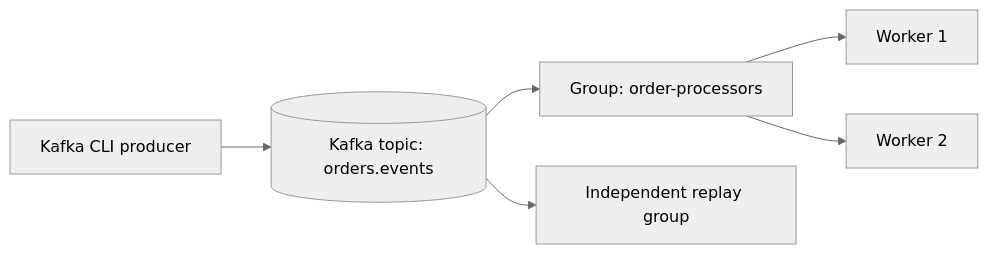
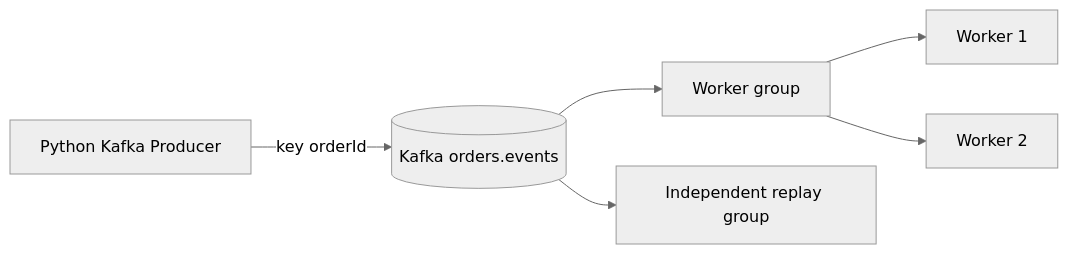
The first of 3 diagrams in event-driven-architecture/README.md (saverioieva/information-systems-design-big-data-examples), drawn with Mermaid (neutral theme) before and after one commit. The commit also changed other lines of this file and 107 other files, not shown here.

````diff
--- a/event-driven-architecture/README.md
+++ b/event-driven-architecture/README.md
@@ -26,8 +32,8 @@
 ```mermaid
 flowchart LR
-    P[Kafka CLI producer] --> K[(Kafka topic: orders.events)]
-    K --> G1[Group: order-processors]
-    K --> G2[Independent replay group]
-    G1 --> W1[Worker 1]
-    G1 --> W2[Worker 2]
+    Producer[Python Kafka Producer] -->|key orderId| Topic[(Kafka orders.events)]
+    Topic --> GroupA[Worker group]
+    Topic --> GroupB[Independent replay group]
+    GroupA --> Worker1[Worker 1]
+    GroupA --> Worker2[Worker 2]
 ```
````
